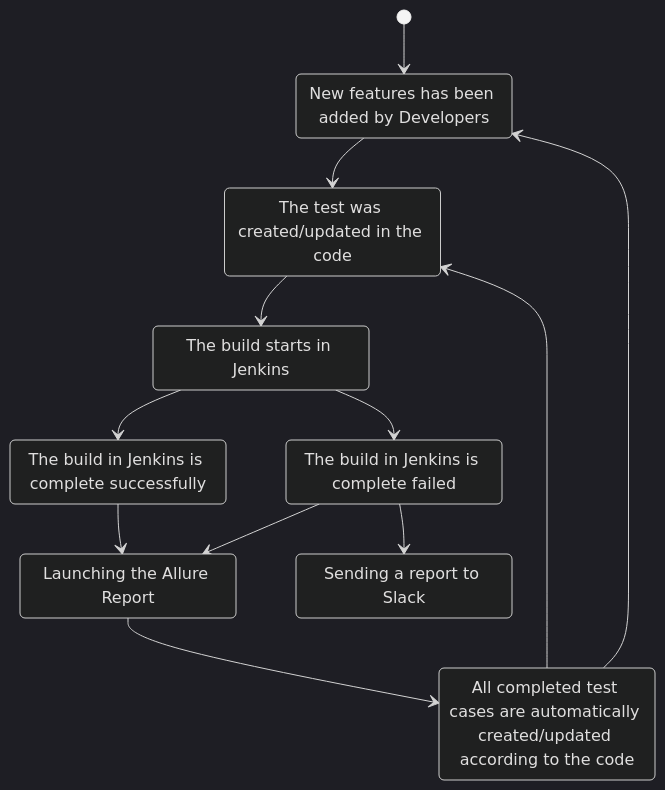
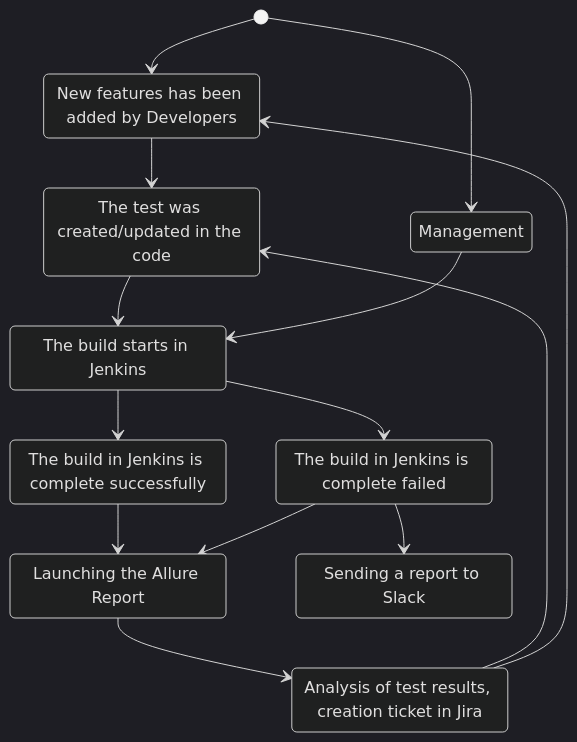
One commit to berezovskievgenisergeevich/oui-webapp changed the first of 2 diagrams in README.md. Above: the diagram before and after it, drawn with Mermaid (dark theme). The commit also changed other lines of this file, not shown here.

Commit message:
update README.md, add diagram info

````diff
--- a/README.md
+++ b/README.md
@@ -19,22 +19,25 @@
 ```mermaid
 stateDiagram-v2
 state "New features has been added by Developers" as A_0
 state "The test was created/updated in the code" as A
 state "The build starts in Jenkins" as B
 state "The build in Jenkins is complete successfully" as C
 state "The build in Jenkins is complete failed" as C_1
 state "Launching the Allure Report" as D
 state "Sending a report to Slack" as D_1
-state "All completed test cases are automatically created/updated according to the code" as E
+state "Analysis of test results, creation ticket in Jira" as E
+state "Management" as M
 [*] --> A_0
+[*] --> M
 A_0 --> A
 A --> B
+M --> B
 B --> C
 B --> C_1
 C --> D
 C_1 --> D
 C_1 --> D_1
 D --> E
 E --> A
 E --> A_0
 ```
````
